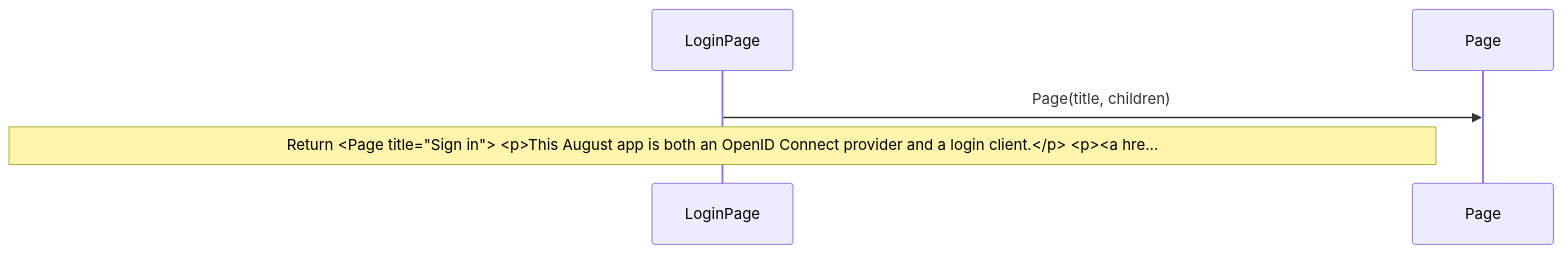
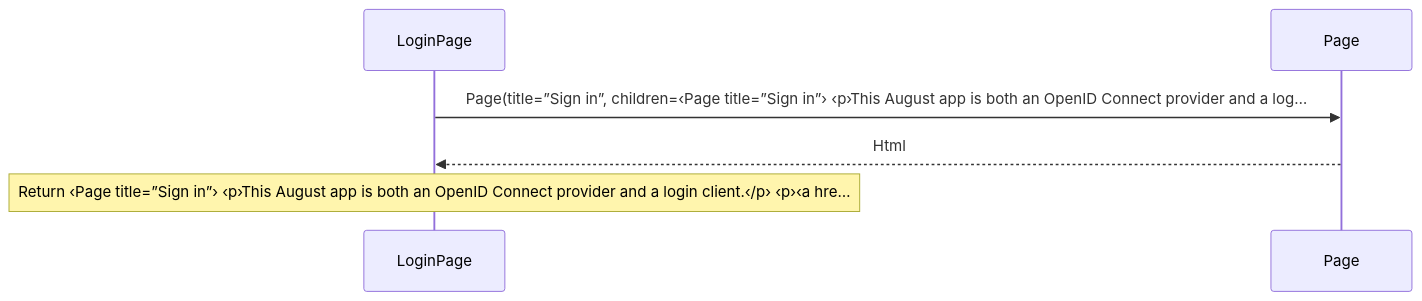
The second of 3 diagrams in docs/examples/oidc-login/client/views-diagrams.md (GreenPandaStudios/augscript), drawn with Mermaid before and after one commit. The commit also changed other lines of this file and 524 other files, not shown here.

Commit message:
Explain checked data flow at folder and service levels

````diff
--- a/docs/examples/oidc-login/client/views-diagrams.md
+++ b/docs/examples/oidc-login/client/views-diagrams.md
@@ -44,7 +43,8 @@
 ```mermaid
 sequenceDiagram
     participant p0 as LoginPage
     participant p1 as Page
-    p0->>p1: Page(title, children)
-    Note over p0: Return #60;Page title=#34;Sign in#34;#62; #60;p#62;This August app is both an OpenID Connect provider and a login client.#60;/p#62; #60;p#62;#60;a hre…
+    p0->>p1: Page(title=”Sign in”, children=‹Page title=”Sign in”› ‹p›This August app is both an OpenID Connect provider and a log…
+    p1-->>p0: Html
+    Note over p0: Return ‹Page title=”Sign in”› ‹p›This August app is both an OpenID Connect provider and a login client.‹/p› ‹p›‹a hre…
 ```
````
